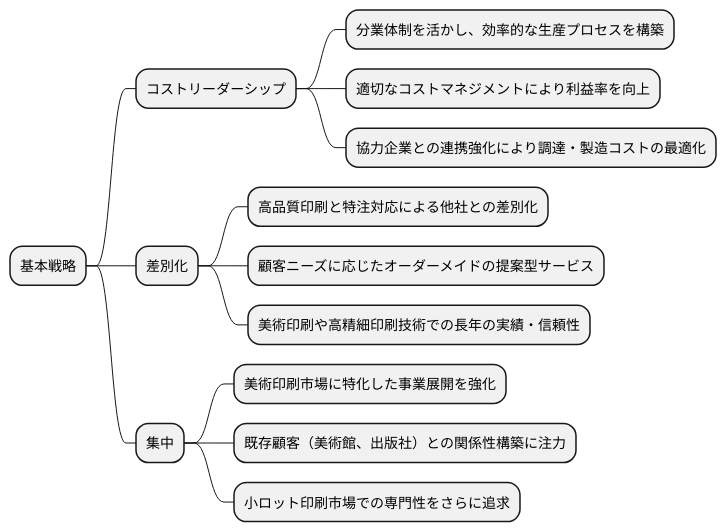
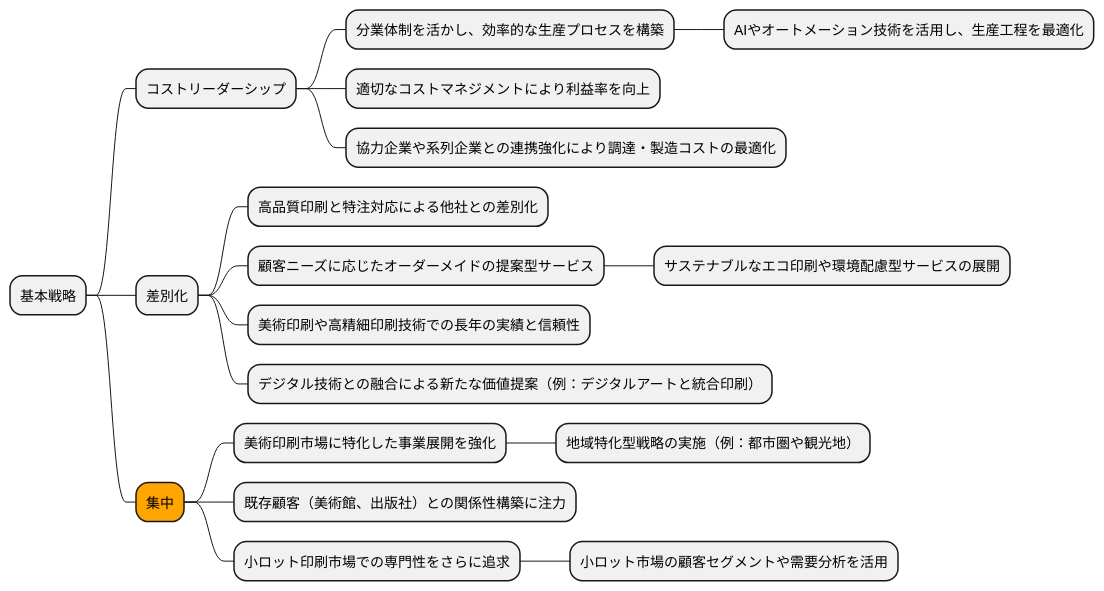
One commit to k2works/case-study-business-analysis changed the eighth of 19 diagrams in docs/case/r03_case_1.adoc. Above: the diagram before and after it, drawn with PlantUML. The commit also changed other lines of this file, not shown here.

```diff
--- a/docs/case/r03_case_1.adoc
+++ b/docs/case/r03_case_1.adoc
@@ -284,20 +306,25 @@
 [plantuml]
 ----
 @startmindmap
 
 * 基本戦略
 ** コストリーダーシップ
 *** 分業体制を活かし、効率的な生産プロセスを構築
+**** AIやオートメーション技術を活用し、生産工程を最適化
 *** 適切なコストマネジメントにより利益率を向上
-*** 協力企業との連携強化により調達・製造コストの最適化
+*** 協力企業や系列企業との連携強化により調達・製造コストの最適化
 ** 差別化
 *** 高品質印刷と特注対応による他社との差別化
 *** 顧客ニーズに応じたオーダーメイドの提案型サービス
-*** 美術印刷や高精細印刷技術での長年の実績・信頼性
-** 集中
+**** サステナブルなエコ印刷や環境配慮型サービスの展開
+*** 美術印刷や高精細印刷技術での長年の実績と信頼性
+*** デジタル技術との融合による新たな価値提案（例：デジタルアートと統合印刷）
+**[#orange] 集中
 *** 美術印刷市場に特化した事業展開を強化
+**** 地域特化型戦略の実施（例：都市圏や観光地）
 *** 既存顧客（美術館、出版社）との関係性構築に注力
 *** 小ロット印刷市場での専門性をさらに追求
+**** 小ロット市場の顧客セグメントや需要分析を活用
 
 @endmindmap
 ----
```
